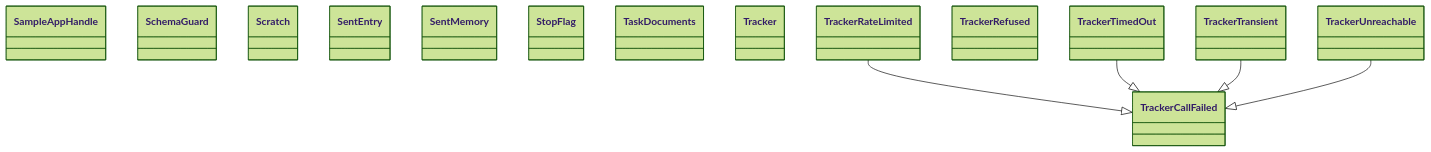
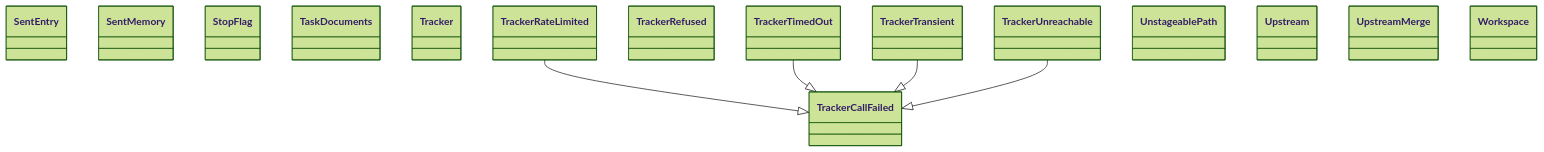
One commit to GonzaloZevallos/agentic-system changed the diagram in docs/architecture/generated/classes-process-application-support-5.md. Above: the diagram before and after it, drawn with Mermaid (forest theme). The commit also changed other lines of this file and 23 other files, not shown here.

````diff
--- a/docs/architecture/generated/classes-process-application-support-5.md
+++ b/docs/architecture/generated/classes-process-application-support-5.md
@@ -17,21 +17,22 @@
 ```mermaid
 classDiagram
-    class ports__SampleAppHandle["SampleAppHandle"]
-    class ports__SchemaGuard["SchemaGuard"]
-    class ports__Scratch["Scratch"]
     class ports__SentEntry["SentEntry"]
     class ports__SentMemory["SentMemory"]
     class ports__StopFlag["StopFlag"]
     class ports__TaskDocuments["TaskDocuments"]
     class ports__Tracker["Tracker"]
     class ports__TrackerCallFailed["TrackerCallFailed"]
     class ports__TrackerRateLimited["TrackerRateLimited"]
     class ports__TrackerRefused["TrackerRefused"]
     class ports__TrackerTimedOut["TrackerTimedOut"]
     class ports__TrackerTransient["TrackerTransient"]
     class ports__TrackerUnreachable["TrackerUnreachable"]
+    class ports__UnstageablePath["UnstageablePath"]
+    class ports__Upstream["Upstream"]
+    class ports__UpstreamMerge["UpstreamMerge"]
+    class ports__Workspace["Workspace"]
     ports__TrackerRateLimited --|> ports__TrackerCallFailed
     ports__TrackerTimedOut --|> ports__TrackerCallFailed
     ports__TrackerTransient --|> ports__TrackerCallFailed
     ports__TrackerUnreachable --|> ports__TrackerCallFailed
 ```
````
